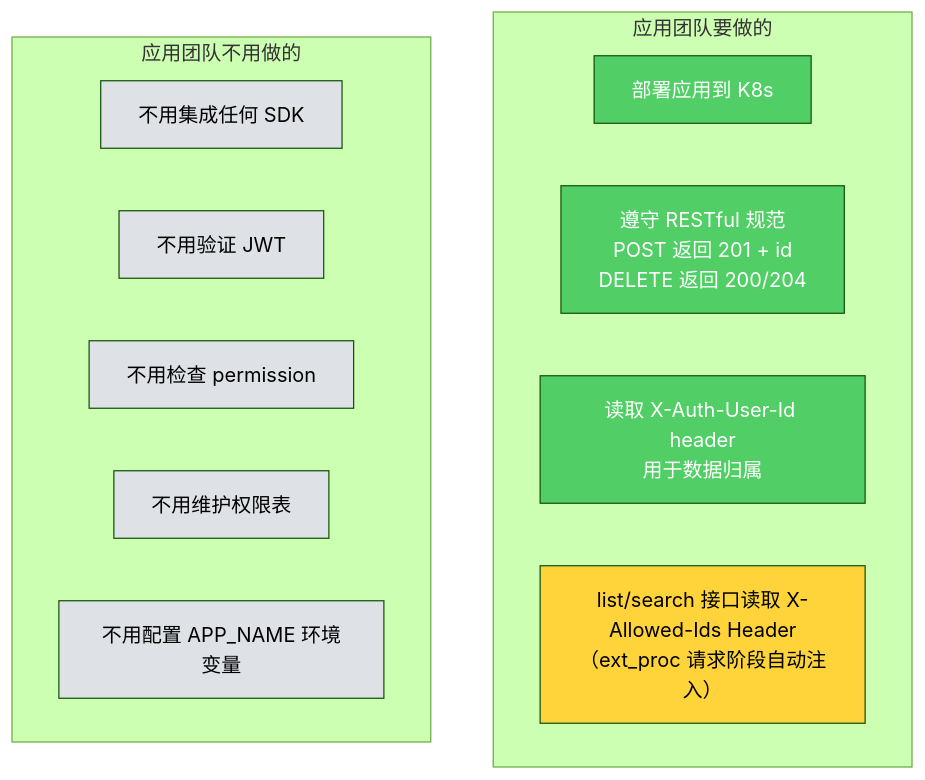
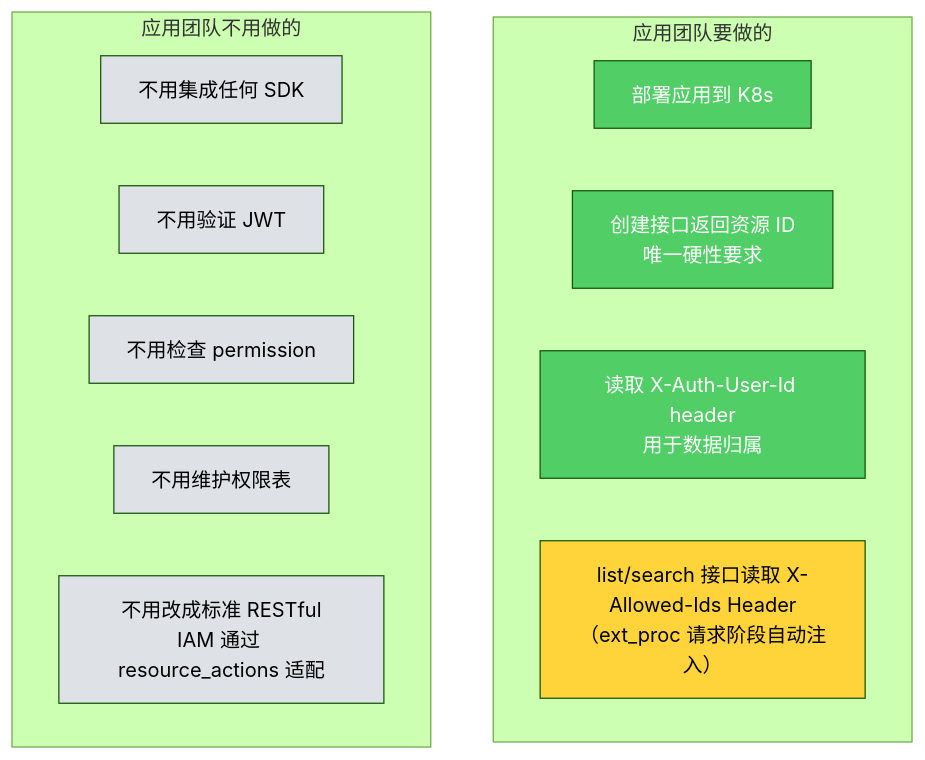
The seventh of 10 diagrams in diagrams/onboarding-flow.md (xiewanchao/aidp-iam), drawn with Mermaid (forest theme) before and after one commit. The commit also changed other lines of this file and 2 other files, not shown here.

First line of the commit message:
docs: add app integration guide and flexible API adaptation design

````diff
--- a/diagrams/onboarding-flow.md
+++ b/diagrams/onboarding-flow.md
@@ -305,27 +329,27 @@
 ```mermaid
 flowchart TD
     subgraph 应用团队要做的
         D1[部署应用到 K8s]
-        D2[遵守 RESTful 规范<br/>POST 返回 201 + id<br/>DELETE 返回 200/204]
+        D2[创建接口返回资源 ID<br/>唯一硬性要求]
         D3[读取 X-Auth-User-Id header<br/>用于数据归属]
         D4["list/search 接口读取 X-Allowed-Ids Header<br/>（ext_proc 请求阶段自动注入）"]
     end
 
     subgraph 应用团队不用做的
         N1[不用集成任何 SDK]
         N2[不用验证 JWT]
         N3[不用检查 permission]
         N4[不用维护权限表]
-        N5[不用配置 APP_NAME 环境变量]
+        N5[不用改成标准 RESTful<br/>IAM 通过 resource_actions 适配]
     end
 
     style D1 fill:#51cf66,color:#fff
     style D2 fill:#51cf66,color:#fff
     style D3 fill:#51cf66,color:#fff
     style D4 fill:#ffd43b,color:#000
     style N1 fill:#dee2e6,color:#000
     style N2 fill:#dee2e6,color:#000
     style N3 fill:#dee2e6,color:#000
     style N4 fill:#dee2e6,color:#000
     style N5 fill:#dee2e6,color:#000
 ```
````
